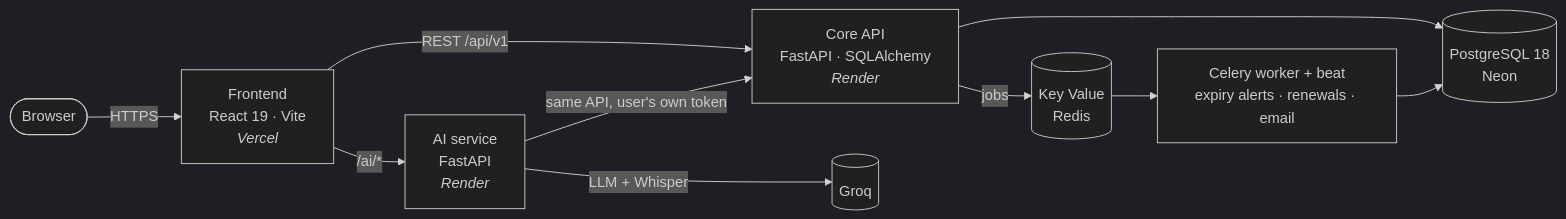
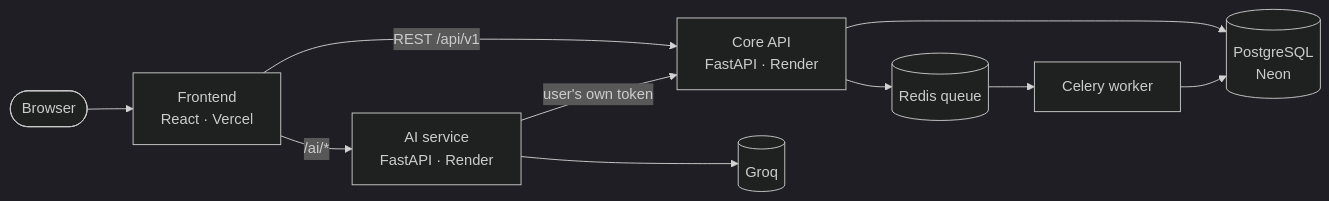
Before and after one commit to kk161205/Rosterly: the diagram in README.md, drawn with Mermaid (dark theme). The commit also changed other lines of this file and 10 other files, not shown here.

````diff
--- a/README.md
+++ b/README.md
@@ -134,12 +81,11 @@
 ```mermaid
 flowchart LR
-    U([Browser]) -->|HTTPS| FE["Frontend<br/>React 19 · Vite<br/><i>Vercel</i>"]
-    FE -->|REST /api/v1| API["Core API<br/>FastAPI · SQLAlchemy<br/><i>Render</i>"]
-    FE -->|/ai/*| AI["AI service<br/>FastAPI<br/><i>Render</i>"]
-    AI -->|"same API, user's own token"| API
-    AI -->|LLM + Whisper| G[(Groq)]
-    API --> DB[(PostgreSQL 18<br/>Neon)]
-    API -->|jobs| Q[(Key Value<br/>Redis)]
-    Q --> W["Celery worker + beat<br/>expiry alerts · renewals · email"]
+    B([Browser]) --> FE["Frontend<br/>React · Vercel"]
+    FE -->|REST /api/v1| API["Core API<br/>FastAPI · Render"]
+    FE -->|/ai/*| AI["AI service<br/>FastAPI · Render"]
+    AI -->|"user's own token"| API
+    AI --> G[(Groq)]
+    API --> DB[(PostgreSQL<br/>Neon)]
+    API --> Q[(Redis queue)] --> W[Celery worker]
     W --> DB
 ```
````
